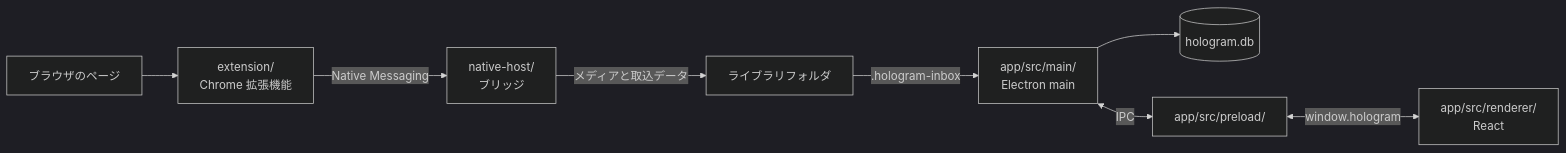
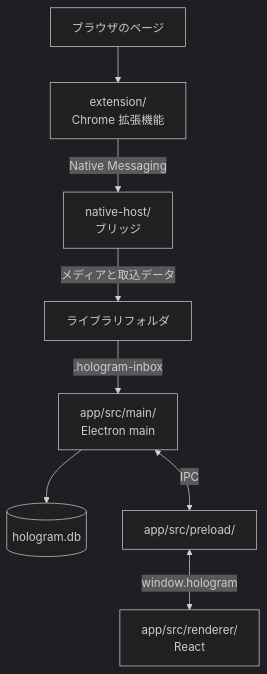
The diagram in docs/アーキテクチャ.md (apricot-cake/hologram), drawn with Mermaid (dark theme) before and after one commit.

Commit message:
docs: データフロー図を縦方向に配置 (#1134)

````diff
--- a/docs/アーキテクチャ.md
+++ b/docs/アーキテクチャ.md
@@ -7,10 +7,10 @@
 ```mermaid
-flowchart LR
+flowchart TB
   Page["ブラウザのページ"] --> Extension["extension/\nChrome 拡張機能"]
   Extension -->|"Native Messaging"| Host["native-host/\nブリッジ"]
   Host -->|"メディアと取込データ"| Library["ライブラリフォルダ"]
   Library -->|".hologram-inbox"| Main["app/src/main/\nElectron main"]
   Main --> DB[("hologram.db")]
   Main <-->|"IPC"| Preload["app/src/preload/"]
   Preload <-->|"window.hologram"| Renderer["app/src/renderer/\nReact"]
 ```
````
